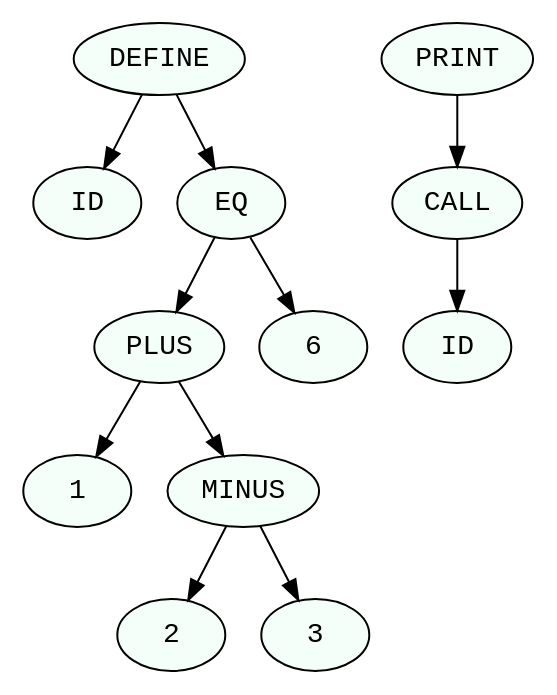
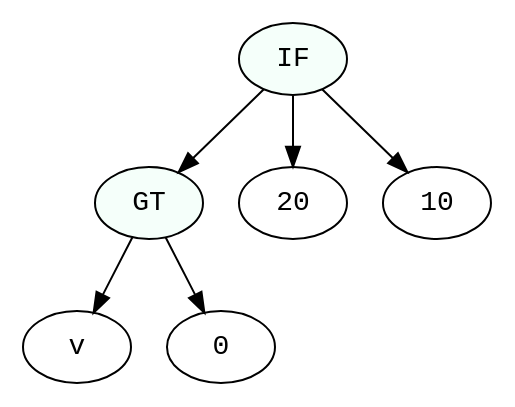
Before and after one commit to GunendraBikram/cc_project_01: the diagram in ast.dot, drawn with Graphviz. The commit also changed 15 other files, not shown here.

```diff
--- a/ast.dot
+++ b/ast.dot
@@ -1,24 +1,13 @@
 digraph print {
- 1 [label="ID", fontname="monospace", style=filled, fillcolor=mintcream];
- 2 [label="1", fontname="monospace", style=filled, fillcolor=mintcream];
- 3 [label="2", fontname="monospace", style=filled, fillcolor=mintcream];
- 4 [label="3", fontname="monospace", style=filled, fillcolor=mintcream];
- 5 [label="MINUS", fontname="monospace", style=filled, fillcolor=mintcream];
- 5->3
- 5->4
- 6 [label="PLUS", fontname="monospace", style=filled, fillcolor=mintcream];
- 6->2
+ 1 [label="v", fontname="monospace"];
+ 2 [label="0", fontname="monospace"];
+ 3 [label="GT", fontname="monospace", style=filled, fillcolor=mintcream];
+ 3->1
+ 3->2
+ 4 [label="20", fontname="monospace"];
+ 5 [label="10", fontname="monospace"];
+ 6 [label="IF", fontname="monospace", style=filled, fillcolor=mintcream];
+ 6->3
+ 6->4
  6->5
- 7 [label="6", fontname="monospace", style=filled, fillcolor=mintcream];
- 8 [label="EQ", fontname="monospace", style=filled, fillcolor=mintcream];
- 8->6
- 8->7
- 9 [label="ID", fontname="monospace", style=filled, fillcolor=mintcream];
- 10 [label="CALL", fontname="monospace", style=filled, fillcolor=mintcream];
- 10->9
- 11 [label="PRINT", fontname="monospace", style=filled, fillcolor=mintcream];
- 11->10
- 12 [label="DEFINE", fontname="monospace", style=filled, fillcolor=mintcream];
- 12->1
- 12->8
  }
```
